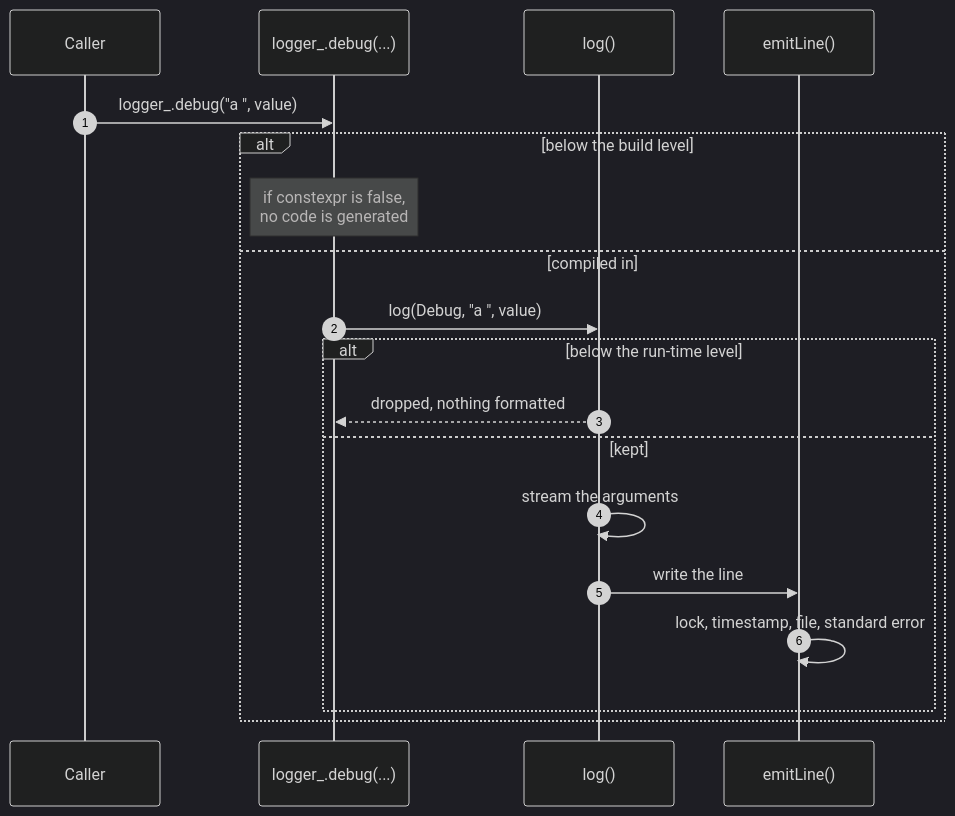
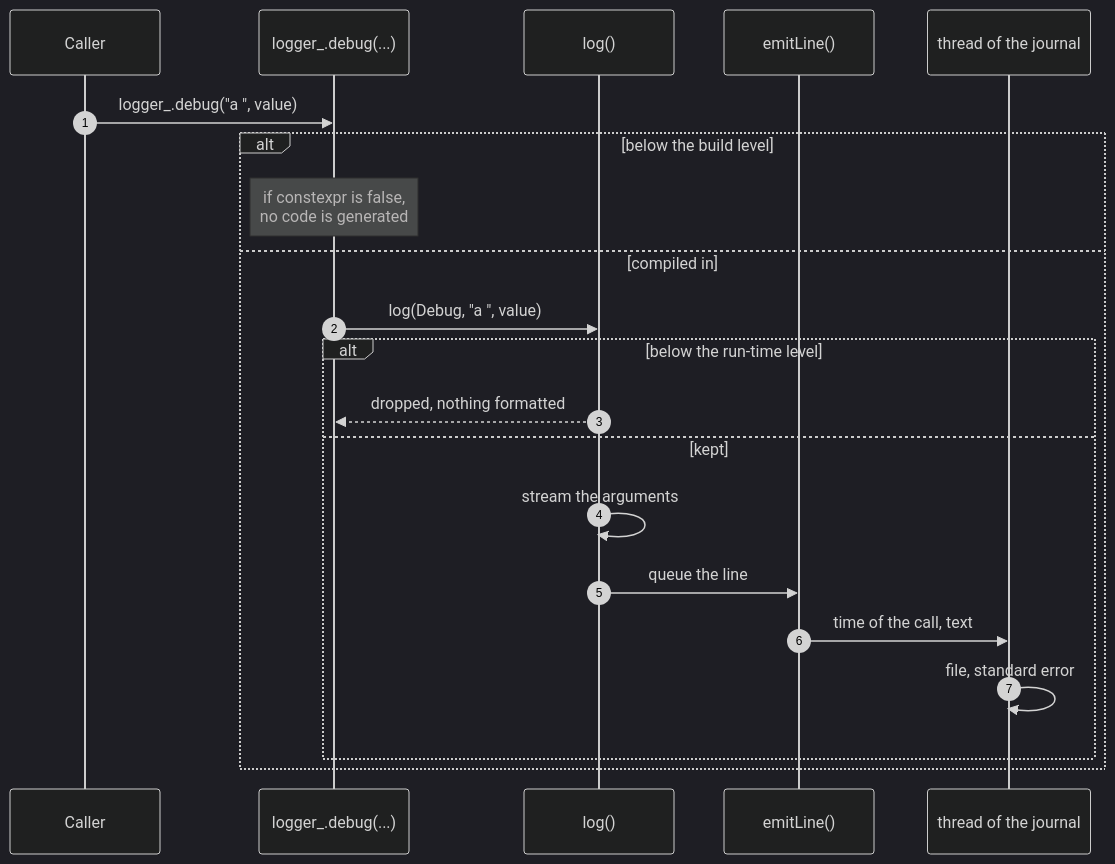
Before and after one commit to nique-epi/R-Type: the diagram in docs/src/content/docs/logging.md, drawn with Mermaid (dark theme). The commit also changed other lines of this file and 2 other files, not shown here.

Commit message:
docs: document the thread of the journal, JSON Lines and the server events

````diff
--- a/docs/src/content/docs/logging.md
+++ b/docs/src/content/docs/logging.md
@@ -134,24 +167,26 @@
 ```mermaid
 sequenceDiagram
     accTitle: The path of a log call
-    accDescr: The caller calls the level method of the logger. Below the build level, no code is generated. Otherwise the method calls log, which drops the call without formatting when it is below the run-time level, and otherwise streams the arguments and asks emitLine to write the line, which locks, adds the timestamp and the file, and writes to standard error.
+    accDescr: The caller calls the level method of the logger. Below the build level, no code is generated. Otherwise the method calls log, which drops the call without formatting when it is below the run-time level, and otherwise streams the arguments and asks emitLine to queue the line with the time of the call. The thread of the journal later writes it to the file and to standard error.
     autonumber
     participant Caller
     participant M as logger_.debug(...)
     participant L as log()
     participant W as emitLine()
+    participant J as thread of the journal
 
     Caller->>M: logger_.debug("a ", value)
     alt below the build level
         Note over M: if constexpr is false,<br/>no code is generated
     else compiled in
         M->>L: log(Debug, "a ", value)
         alt below the run-time level
             L-->>M: dropped, nothing formatted
         else kept
             L->>L: stream the arguments
-            L->>W: write the line
-            W->>W: lock, timestamp, file, standard error
+            L->>W: queue the line
+            W->>J: time of the call, text
+            J->>J: file, standard error
         end
     end
 ```
````
